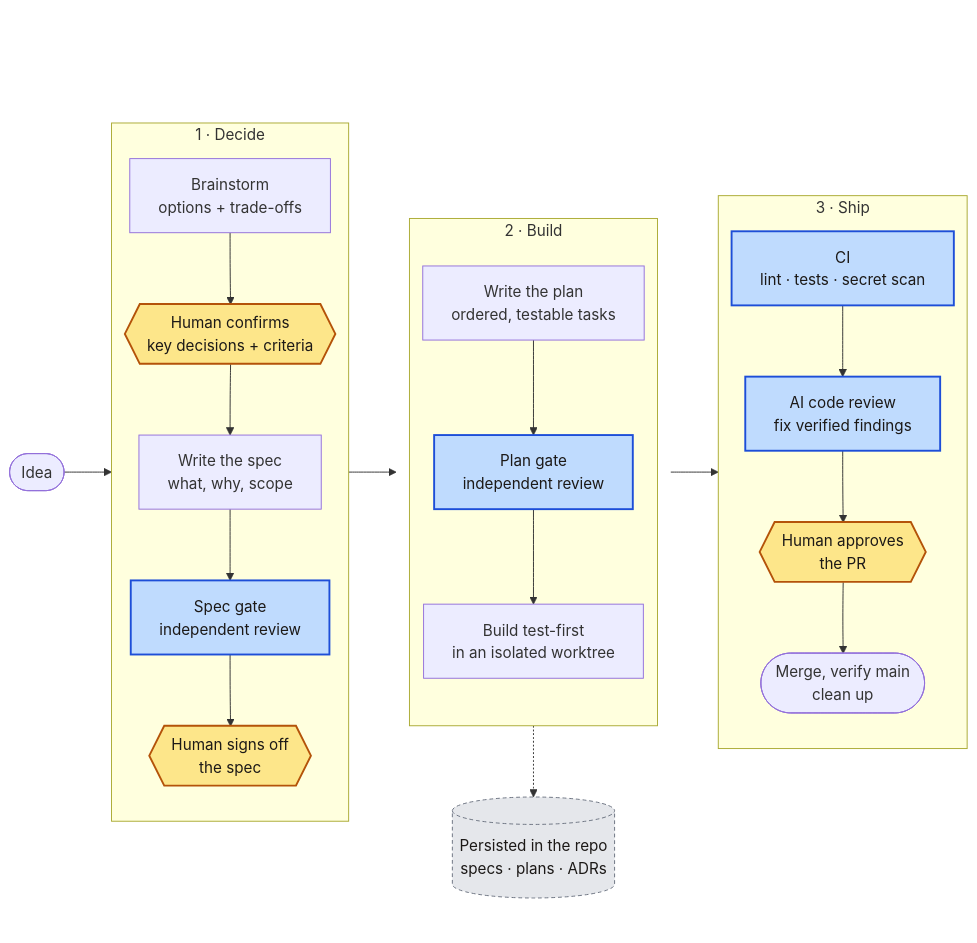
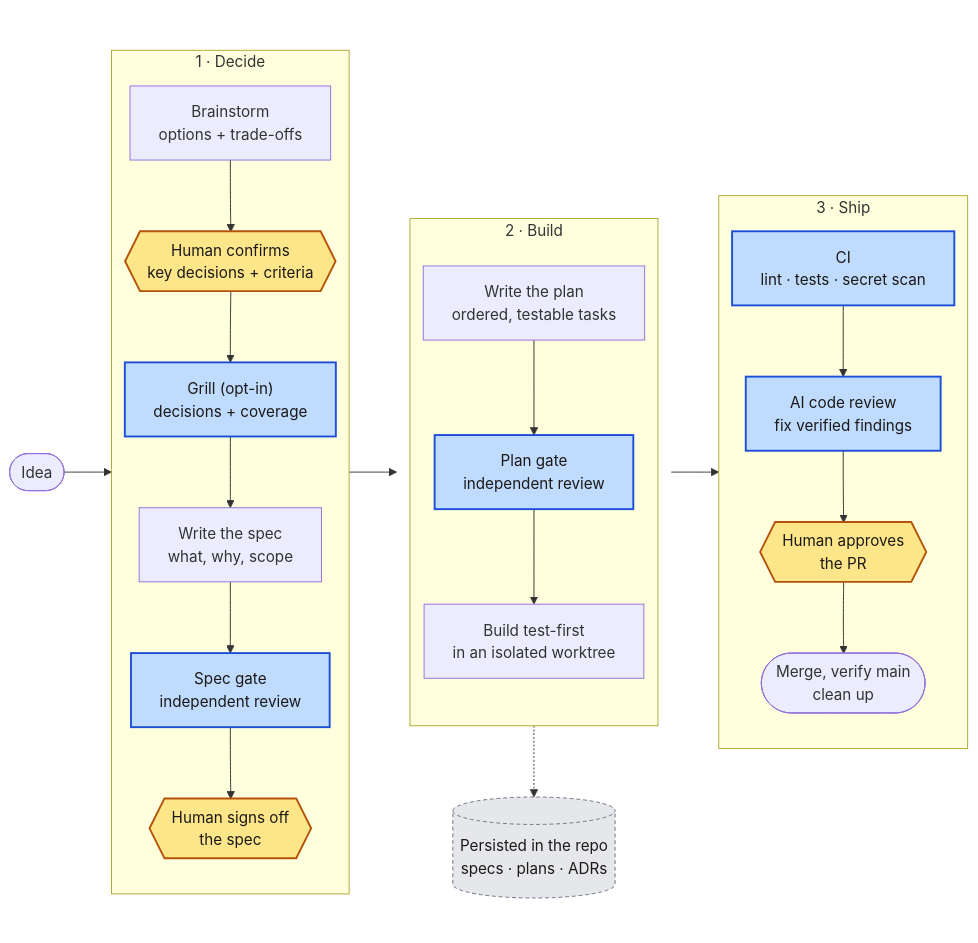
The diagram in README.md (alymo8/claude-kit), drawn with Mermaid before and after one commit. The commit also changed other lines of this file and 19 other files, not shown here.

First line of the commit message:
Spec grill: an opt-in interview before the spec is written (#26)

````diff
--- a/README.md
+++ b/README.md
@@ -14,46 +14,47 @@
 ```mermaid
 %%{init: {"flowchart": {"nodeSpacing": 8}}}%%
 flowchart LR
   classDef you fill:#fde68a,stroke:#b45309,stroke-width:2px,color:#1c1917
   classDef gate fill:#bfdbfe,stroke:#1d4ed8,stroke-width:2px,color:#1c1917
   classDef rec fill:#e5e7eb,stroke:#6b7280,stroke-dasharray:4 3,color:#1c1917
 
   idea([Idea])
 
   subgraph decide["1 · Decide"]
     direction TB
     brain["Brainstorm<br/>options + trade-offs"]
     dec{{"Human confirms<br/>key decisions + criteria"}}:::you
     spec["Write the spec<br/>what, why, scope"]
     sgate["Spec gate<br/>independent review"]:::gate
     sok{{"Human signs off<br/>the spec"}}:::you
-    brain --> dec --> spec --> sgate --> sok
+    grill["Grill (opt-in)<br/>decisions + coverage"]:::gate
+    brain --> dec --> grill --> spec --> sgate --> sok
   end
 
   subgraph ship["3 · Ship"]
     direction TB
     ci["CI<br/>lint · tests · secret scan"]:::gate
     rev["AI code review<br/>fix verified findings"]:::gate
     hum{{"Human approves<br/>the PR"}}:::you
     clean(["Merge, verify main<br/>clean up"])
     ci --> rev --> hum --> clean
   end
 
   %% col2 and twin are invisible: they keep box 2 centred with the docs below it
   subgraph col2[" "]
     direction TB
     twin[("Persisted in the repo<br/>specs · plans · ADRs")]
     subgraph build["2 · Build"]
       direction TB
       plan["Write the plan<br/>ordered, testable tasks"]
       pgate["Plan gate<br/>independent review"]:::gate
       tdd["Build test-first<br/>in an isolated worktree"]
       plan --> pgate --> tdd
     end
     docs[("Persisted in the repo<br/>specs · plans · ADRs")]:::rec
     twin ~~~ build -.-> docs
   end
   style col2 fill:none,stroke:none
   style twin fill:none,stroke:none,color:transparent
   idea --> decide --> col2 --> ship
 ```
````
